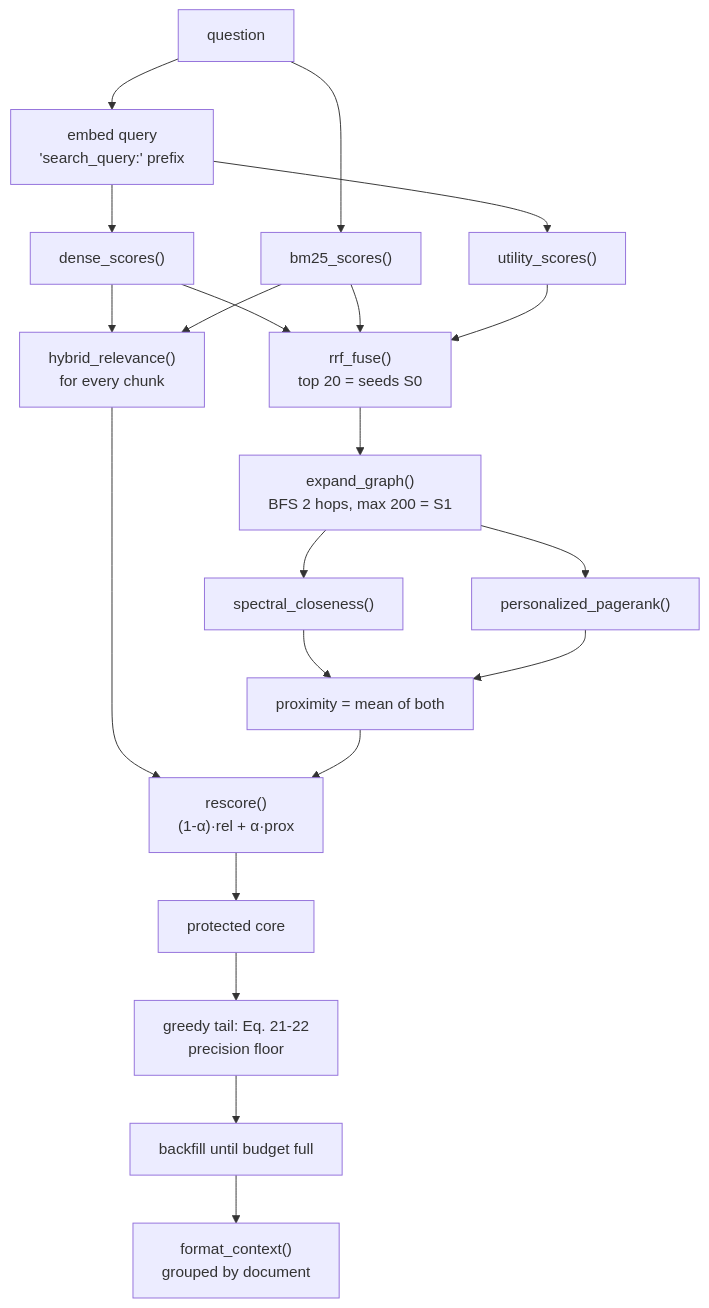
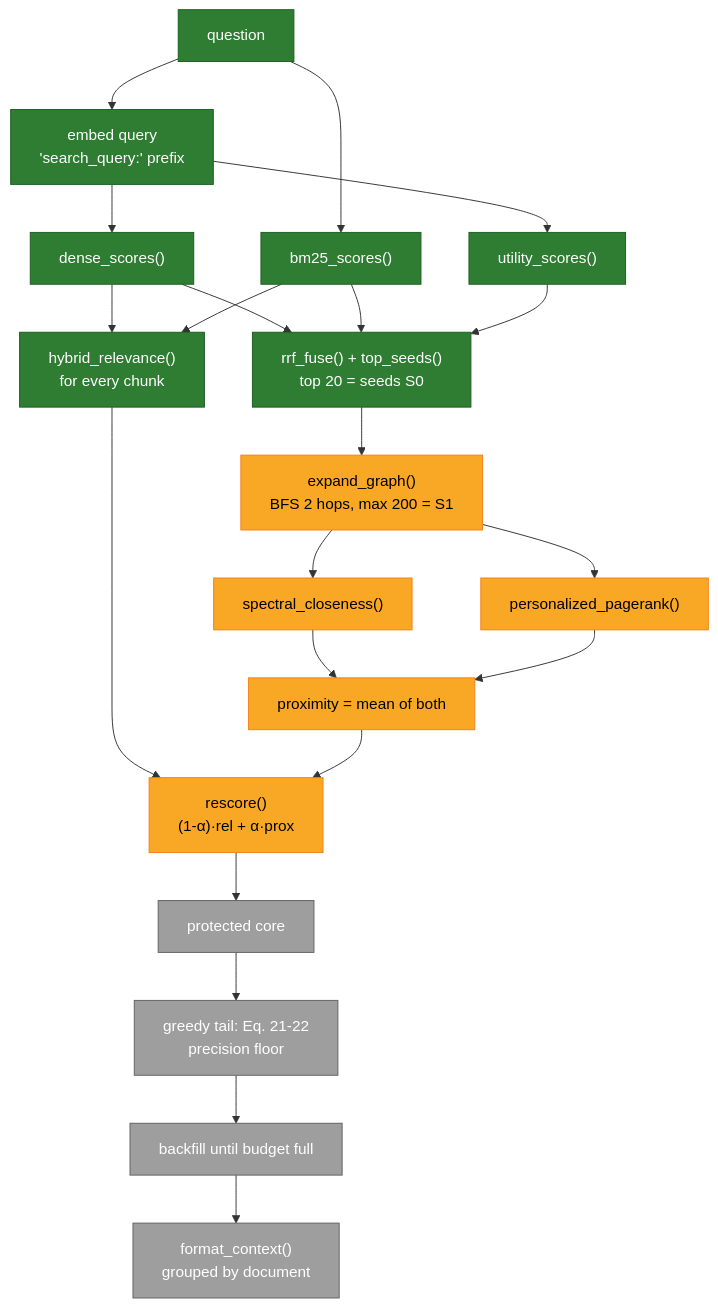
The third of 11 diagrams in README.md (aion7891/Spect-RAG), drawn with Mermaid before and after one commit. The commit also changed other lines of this file and 6 other files, not shown here.

Commit message:
feat: Phase 7 – BM25 and hybrid seed retrieval (dense + BM25 + utility, RRF)

````diff
--- a/README.md
+++ b/README.md
@@ -227,18 +228,21 @@
 ```mermaid
 flowchart TD
-    Q["question"] --> E1["embed query<br/>'search_query:' prefix"]
-    E1 --> D1["dense_scores()"]
-    Q --> B1["bm25_scores()"]
-    E1 --> U1["utility_scores()"]
-    D1 & B1 & U1 --> R["rrf_fuse()<br/>top 20 = seeds S0"]
-    D1 & B1 --> REL["hybrid_relevance()<br/>for every chunk"]
-    R --> X["expand_graph()<br/>BFS 2 hops, max 200 = S1"]
-    X --> P1["spectral_closeness()"]
-    X --> P2["personalized_pagerank()"]
-    P1 & P2 --> P["proximity = mean of both"]
-    REL & P --> S2["rescore()<br/>(1-α)·rel + α·prox"]
-    S2 --> C1["protected core"]
-    C1 --> C2["greedy tail: Eq. 21-22<br/>precision floor"]
-    C2 --> C3["backfill until budget full"]
-    C3 --> OUT["format_context()<br/>grouped by document"]
+    Q["question"]:::done --> E1["embed query<br/>'search_query:' prefix"]:::done
+    E1 --> D1["dense_scores()"]:::done
+    Q --> B1["bm25_scores()"]:::done
+    E1 --> U1["utility_scores()"]:::done
+    D1 & B1 & U1 --> R["rrf_fuse() + top_seeds()<br/>top 20 = seeds S0"]:::done
+    D1 & B1 --> REL["hybrid_relevance()<br/>for every chunk"]:::done
+    R --> X["expand_graph()<br/>BFS 2 hops, max 200 = S1"]:::doing
+    X --> P1["spectral_closeness()"]:::doing
+    X --> P2["personalized_pagerank()"]:::doing
+    P1 & P2 --> P["proximity = mean of both"]:::doing
+    REL & P --> S2["rescore()<br/>(1-α)·rel + α·prox"]:::doing
+    S2 --> C1["protected core"]:::todo
+    C1 --> C2["greedy tail: Eq. 21-22<br/>precision floor"]:::todo
+    C2 --> C3["backfill until budget full"]:::todo
+    C3 --> OUT["format_context()<br/>grouped by document"]:::todo
+    classDef done fill:#2e7d32,color:#fff,stroke:#1b5e20
+    classDef doing fill:#f9a825,color:#000,stroke:#f57f17
+    classDef todo fill:#9e9e9e,color:#fff,stroke:#616161
 ```
````
